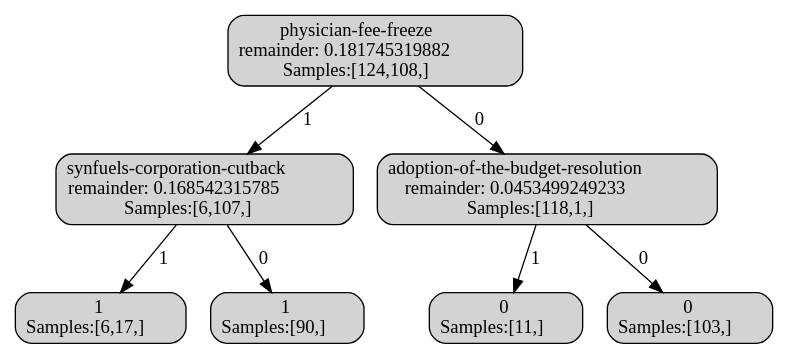
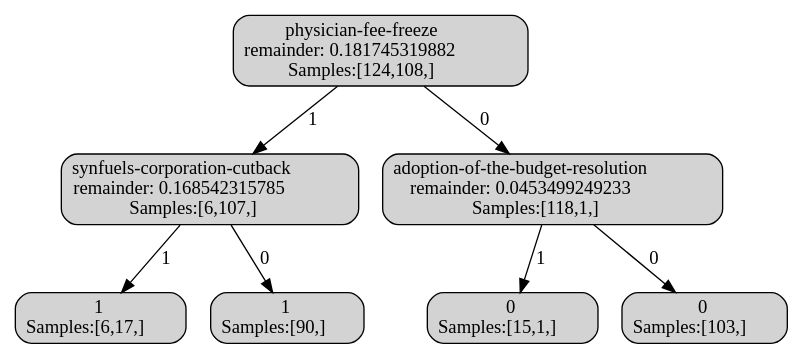
The diagram in data/house-votes-84.dot (14corman/AIDescisionTree), drawn with Graphviz before and after one commit. The commit also changed 4 other files, not shown here.

```diff
--- a/data/house-votes-84.dot
+++ b/data/house-votes-84.dot
@@ -1,21 +1,21 @@
 digraph G {
   1 [label=<physician-fee-freeze<br/>remainder: 0.181745319882<br/>Samples:[124,108,]>,
      shape=box, style="rounded,filled", ];
   2 [label=<synfuels-corporation-cutback<br/>remainder: 0.168542315785<br/>Samples:[6,107,]>,
      shape=box, style="rounded,filled", ];
   3 [label=<1<br/>Samples:[6,17,]>, shape=box, style="rounded,filled", ];
-  6 [label=<1<br/>Samples:[90,]>, shape=box, style="rounded,filled", ];
-  7 [label=<adoption-of-the-budget-resolution<br/>remainder: 0.0453499249233<br/>Samples:[118,1,]>,
+  4 [label=<1<br/>Samples:[90,]>, shape=box, style="rounded,filled", ];
+  5 [label=<adoption-of-the-budget-resolution<br/>remainder: 0.0453499249233<br/>Samples:[118,1,]>,
      shape=box, style="rounded,filled", ];
-  8 [label=<0<br/>Samples:[11,]>, shape=box, style="rounded,filled", ];
-  11 [label=<0<br/>Samples:[103,]>, shape=box, style="rounded,filled", ];
+  6 [label=<0<br/>Samples:[15,1,]>, shape=box, style="rounded,filled", ];
+  7 [label=<0<br/>Samples:[103,]>, shape=box, style="rounded,filled", ];
   
   
   1 -> 2 [label="1", ];
-  1 -> 7 [label="0", ];
+  1 -> 5 [label="0", ];
   2 -> 3 [label="1", ];
-  2 -> 6 [label="0", ];
-  7 -> 8 [label="1", ];
-  7 -> 11 [label="0", ];
+  2 -> 4 [label="0", ];
+  5 -> 6 [label="1", ];
+  5 -> 7 [label="0", ];
   
   }
```
